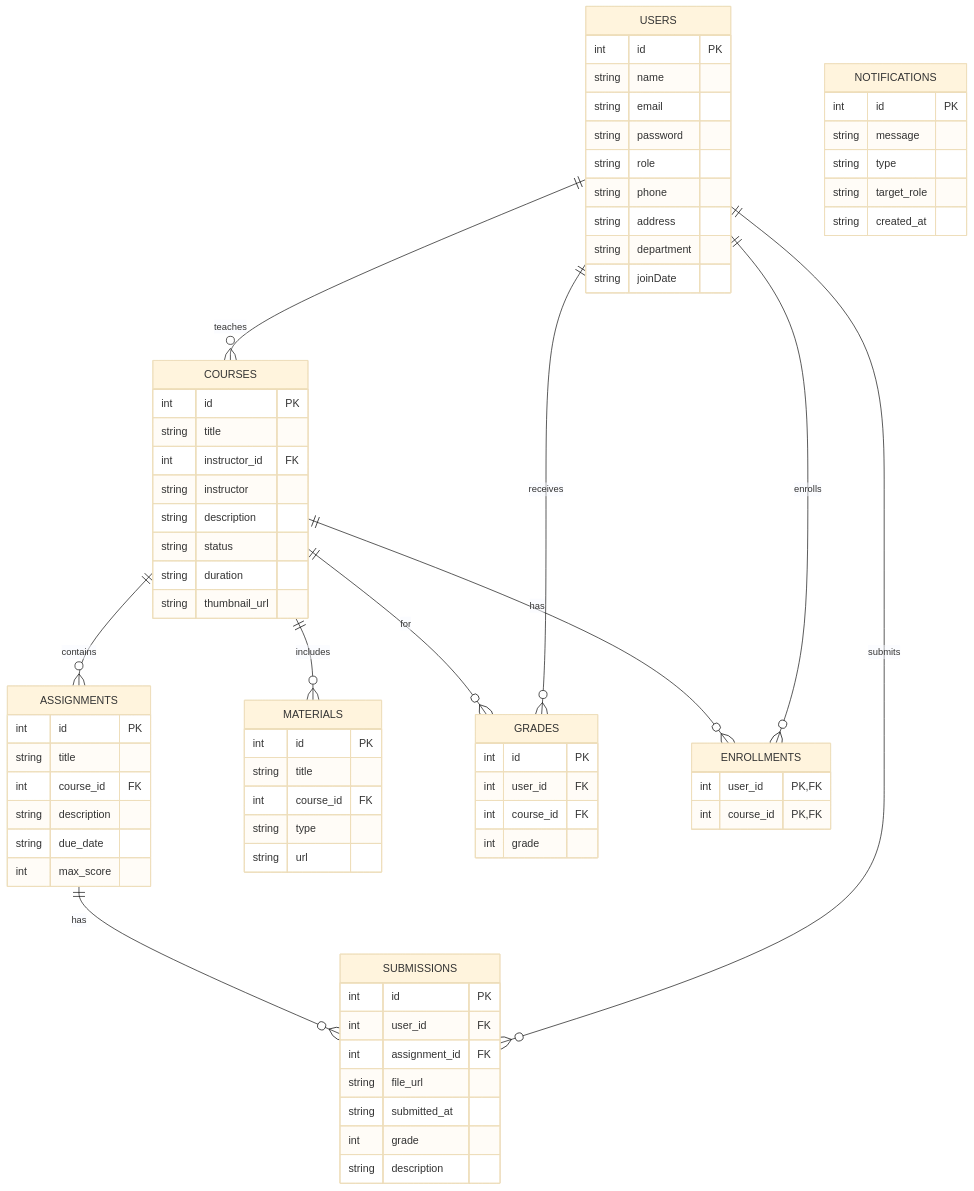
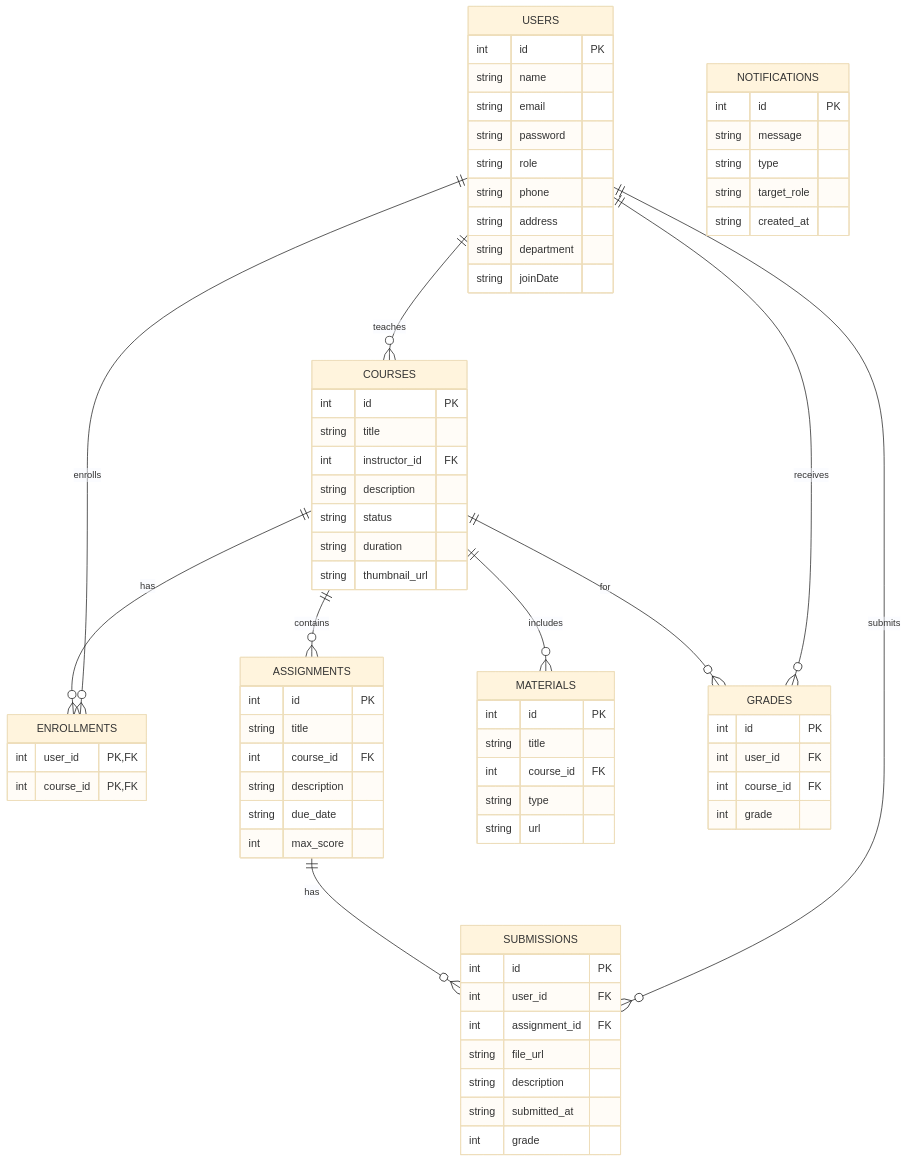
Before and after one commit to 0xarchit/LearnTrack: the first of 8 diagrams in ReadMe.md, drawn with Mermaid (base theme). The commit also changed 2 other files, not shown here.

Commit message:
Add demo login credentials section to Login component for quick testing

````diff
--- a/ReadMe.md
+++ b/ReadMe.md
@@ -240,82 +240,81 @@
 ```mermaid
 erDiagram
     USERS {
         int id PK
         string name
         string email
         string password
         string role
         string phone
         string address
         string department
         string joinDate
     }
-    
+
     COURSES {
         int id PK
         string title
         int instructor_id FK
-        string instructor
         string description
         string status
         string duration
         string thumbnail_url
     }
-    
+
+    ENROLLMENTS {
+        int user_id PK,FK
+        int course_id PK,FK
+    }
+
     ASSIGNMENTS {
         int id PK
         string title
         int course_id FK
         string description
         string due_date
         int max_score
     }
-    
+
     MATERIALS {
         int id PK
         string title
         int course_id FK
         string type
         string url
     }
-    
+
+    SUBMISSIONS {
+        int id PK
+        int user_id FK
+        int assignment_id FK
+        string file_url
+        string description
+        string submitted_at
+        int grade
+    }
+
     GRADES {
         int id PK
         int user_id FK
         int course_id FK
         int grade
     }
-    
-    ENROLLMENTS {
-        int user_id PK,FK
-        int course_id PK,FK
-    }
-    
+
     NOTIFICATIONS {
         int id PK
         string message
         string type
         string target_role
         string created_at
     }
-    
-    SUBMISSIONS {
-        int id PK
-        int user_id FK
-        int assignment_id FK
-        string file_url
-        string submitted_at
-        int grade
-        string description
-    }
-    
+
     USERS ||--o{ COURSES : teaches
     USERS ||--o{ ENROLLMENTS : enrolls
     COURSES ||--o{ ENROLLMENTS : has
     COURSES ||--o{ ASSIGNMENTS : contains
     COURSES ||--o{ MATERIALS : includes
     USERS ||--o{ GRADES : receives
     COURSES ||--o{ GRADES : for
     USERS ||--o{ SUBMISSIONS : submits
     ASSIGNMENTS ||--o{ SUBMISSIONS : has
 ```  
````
